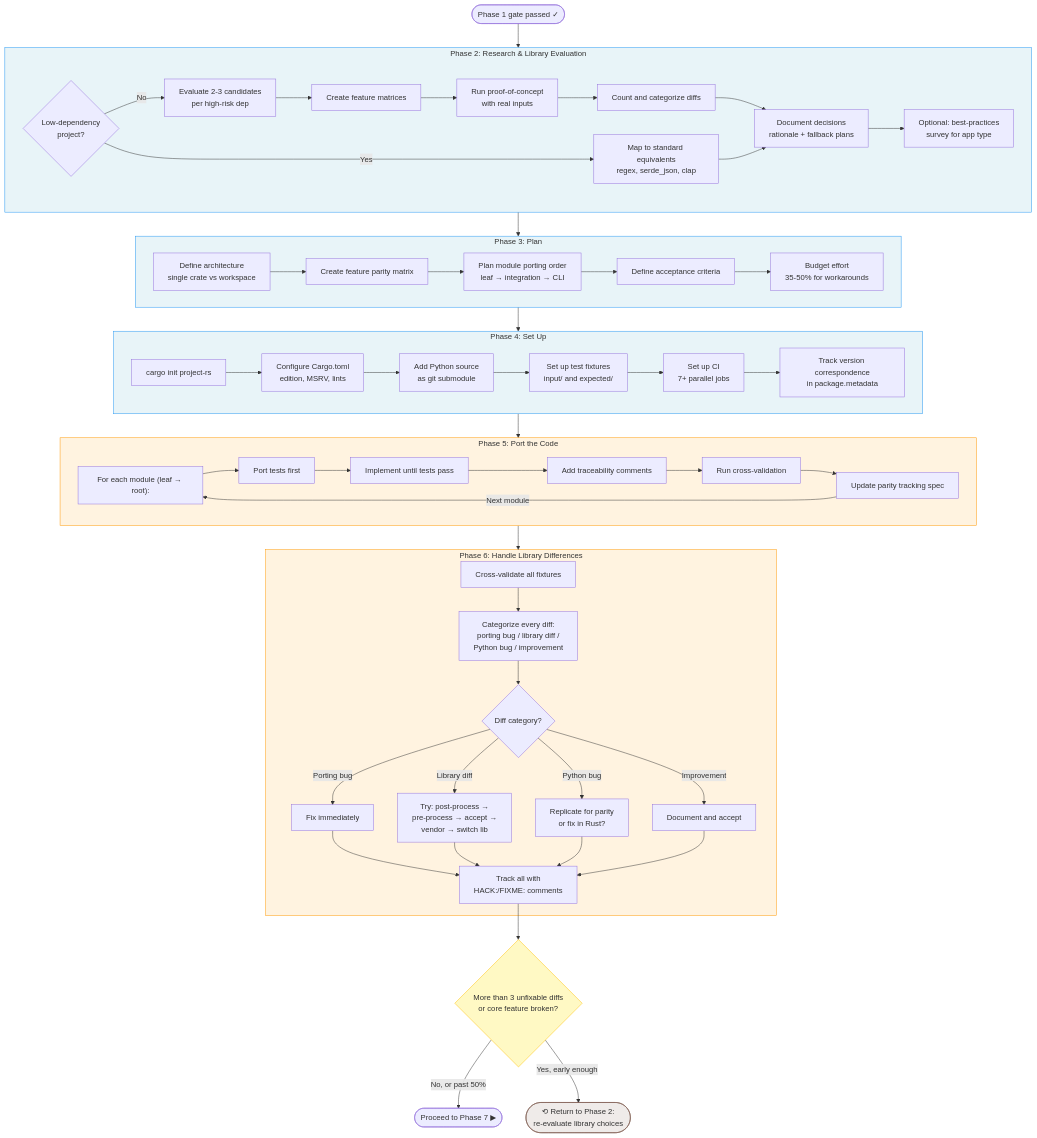
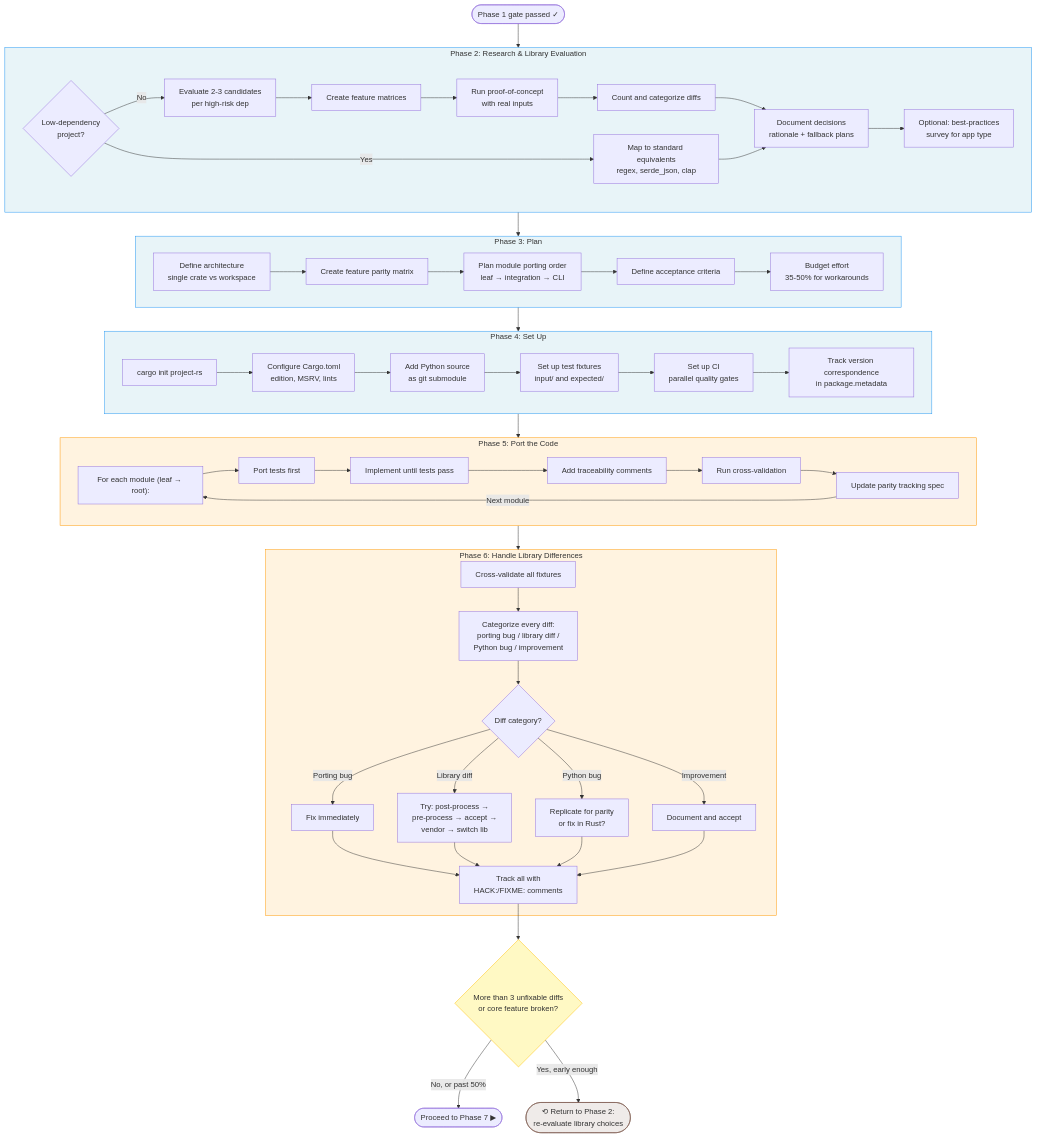
The diagram in README.md (jlevy/rust-porting-playbook), drawn with Mermaid before and after one commit. The commit also changed other lines of this file and 39 other files, not shown here.

````diff
--- a/README.md
+++ b/README.md
@@ -60,82 +60,82 @@
 ```mermaid
 flowchart TD
     BEGIN([Phase 1 gate passed ✓]) --> P2
 
     subgraph P2["Phase 2: Research & Library Evaluation"]
         P2_fast{Low-dependency<br/>project?}
         P2_fast -->|Yes| P2_quick[Map to standard equivalents<br/>regex, serde_json, clap]
         P2_fast -->|No| P2_1[Evaluate 2-3 candidates<br/>per high-risk dep]
         P2_1 --> P2_2[Create feature matrices]
         P2_2 --> P2_3[Run proof-of-concept<br/>with real inputs]
         P2_3 --> P2_4[Count and categorize diffs]
         P2_4 --> P2_5[Document decisions<br/>rationale + fallback plans]
         P2_quick --> P2_5
         P2_5 --> P2_6[Optional: best-practices<br/>survey for app type]
     end
 
     P2 --> P3
 
     subgraph P3["Phase 3: Plan"]
         P3_1[Define architecture<br/>single crate vs workspace]
         P3_2[Create feature parity matrix]
         P3_3[Plan module porting order<br/>leaf → integration → CLI]
         P3_4[Define acceptance criteria]
         P3_5[Budget effort<br/>35-50% for workarounds]
         P3_1 --> P3_2 --> P3_3 --> P3_4 --> P3_5
     end
 
     P3 --> P4
 
     subgraph P4["Phase 4: Set Up"]
         P4_1["cargo init project-rs"]
         P4_2[Configure Cargo.toml<br/>edition, MSRV, lints]
         P4_3[Add Python source<br/>as git submodule]
         P4_4[Set up test fixtures<br/>input/ and expected/]
-        P4_5[Set up CI<br/>7+ parallel jobs]
+        P4_5[Set up CI<br/>parallel quality gates]
         P4_6[Track version correspondence<br/>in package.metadata]
         P4_1 --> P4_2 --> P4_3 --> P4_4 --> P4_5 --> P4_6
     end
 
     P4 --> P5
 
     subgraph P5["Phase 5: Port the Code"]
         P5_loop["For each module (leaf → root):"]
         P5_1[Port tests first]
         P5_2[Implement until tests pass]
         P5_3[Add traceability comments]
         P5_4[Run cross-validation]
         P5_5[Update parity tracking spec]
         P5_loop --> P5_1 --> P5_2 --> P5_3 --> P5_4 --> P5_5
         P5_5 -->|Next module| P5_loop
     end
 
     P5 --> P6
 
     subgraph P6["Phase 6: Handle Library Differences"]
         P6_1[Cross-validate all fixtures]
         P6_2[Categorize every diff:<br/>porting bug / library diff /<br/>Python bug / improvement]
         P6_3{Diff category?}
         P6_1 --> P6_2 --> P6_3
         P6_3 -->|Porting bug| P6_fix[Fix immediately]
         P6_3 -->|Library diff| P6_workaround[Try: post-process →<br/>pre-process → accept →<br/>vendor → switch lib]
         P6_3 -->|Python bug| P6_decide[Replicate for parity<br/>or fix in Rust?]
         P6_3 -->|Improvement| P6_doc[Document and accept]
         P6_fix --> P6_track
         P6_workaround --> P6_track
         P6_decide --> P6_track
         P6_doc --> P6_track
         P6_track[Track all with<br/>HACK:/FIXME: comments]
     end
 
     P6_track --> G6{"More than 3 unfixable diffs<br/>or core feature broken?"}
     G6 -->|"No, or past 50%"| READY([Proceed to Phase 7 ▶])
     G6 -->|"Yes, early enough"| G6_ret(["⟲ Return to Phase 2:<br/>re-evaluate library choices"])
 
     style G6_ret fill:#efebe9,stroke:#795548
     style P2 fill:#e8f4f8,stroke:#2196F3
     style P3 fill:#e8f4f8,stroke:#2196F3
     style P4 fill:#e8f4f8,stroke:#2196F3
     style P5 fill:#fff3e0,stroke:#FF9800
     style P6 fill:#fff3e0,stroke:#FF9800
     style G6 fill:#fff9c4,stroke:#FFC107
 ```
````
